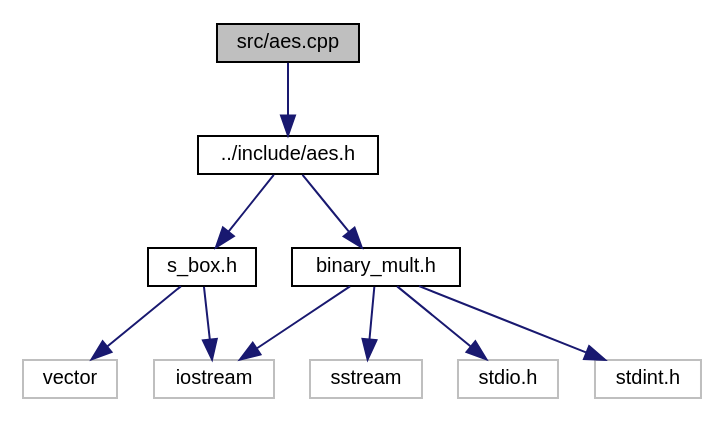
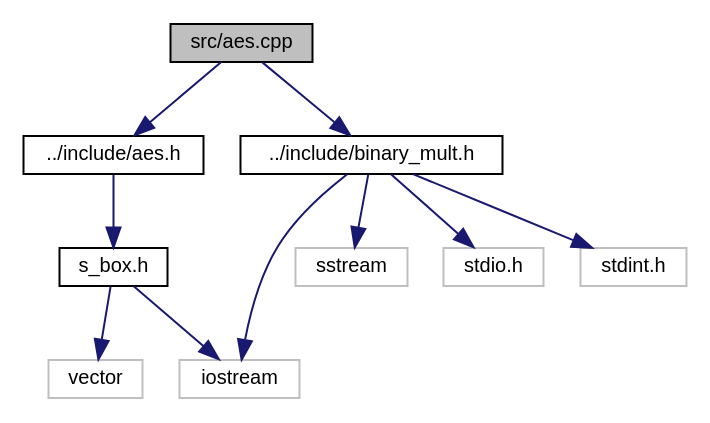
The diagram in docs/aes_8cpp__incl.dot (Eric-Durr/PRCT06-AES), drawn with Graphviz before and after one commit. The commit also changed 35 other files, not shown here.

```diff
--- a/docs/aes_8cpp__incl.dot
+++ b/docs/aes_8cpp__incl.dot
@@ -1,24 +1,24 @@
 digraph "src/aes.cpp"
 {
  // LATEX_PDF_SIZE
   edge [fontname="Helvetica",fontsize="10",labelfontname="Helvetica",labelfontsize="10"];
   node [fontname="Helvetica",fontsize="10",shape=record];
   Node1 [label="src/aes.cpp",height=0.2,width=0.4,color="black", fillcolor="grey75", style="filled", fontcolor="black",tooltip=" "];
   Node1 -> Node2 [color="midnightblue",fontsize="10",style="solid",fontname="Helvetica"];
   Node2 [label="../include/aes.h",height=0.2,width=0.4,color="black", fillcolor="white", style="filled",URL="$aes_8h.html",tooltip=" "];
   Node2 -> Node3 [color="midnightblue",fontsize="10",style="solid",fontname="Helvetica"];
   Node3 [label="s_box.h",height=0.2,width=0.4,color="black", fillcolor="white", style="filled",URL="$s__box_8h.html",tooltip=" "];
   Node3 -> Node4 [color="midnightblue",fontsize="10",style="solid",fontname="Helvetica"];
   Node4 [label="vector",height=0.2,width=0.4,color="grey75", fillcolor="white", style="filled",tooltip=" "];
   Node3 -> Node5 [color="midnightblue",fontsize="10",style="solid",fontname="Helvetica"];
   Node5 [label="iostream",height=0.2,width=0.4,color="grey75", fillcolor="white", style="filled",tooltip=" "];
-  Node2 -> Node6 [color="midnightblue",fontsize="10",style="solid",fontname="Helvetica"];
-  Node6 [label="binary_mult.h",height=0.2,width=0.4,color="black", fillcolor="white", style="filled",URL="$binary__mult_8h.html",tooltip=" "];
+  Node1 -> Node6 [color="midnightblue",fontsize="10",style="solid",fontname="Helvetica"];
+  Node6 [label="../include/binary_mult.h",height=0.2,width=0.4,color="black", fillcolor="white", style="filled",URL="$binary__mult_8h.html",tooltip=" "];
   Node6 -> Node5 [color="midnightblue",fontsize="10",style="solid",fontname="Helvetica"];
   Node6 -> Node7 [color="midnightblue",fontsize="10",style="solid",fontname="Helvetica"];
   Node7 [label="sstream",height=0.2,width=0.4,color="grey75", fillcolor="white", style="filled",tooltip=" "];
   Node6 -> Node8 [color="midnightblue",fontsize="10",style="solid",fontname="Helvetica"];
   Node8 [label="stdio.h",height=0.2,width=0.4,color="grey75", fillcolor="white", style="filled",tooltip=" "];
   Node6 -> Node9 [color="midnightblue",fontsize="10",style="solid",fontname="Helvetica"];
   Node9 [label="stdint.h",height=0.2,width=0.4,color="grey75", fillcolor="white", style="filled",tooltip=" "];
 }
```
